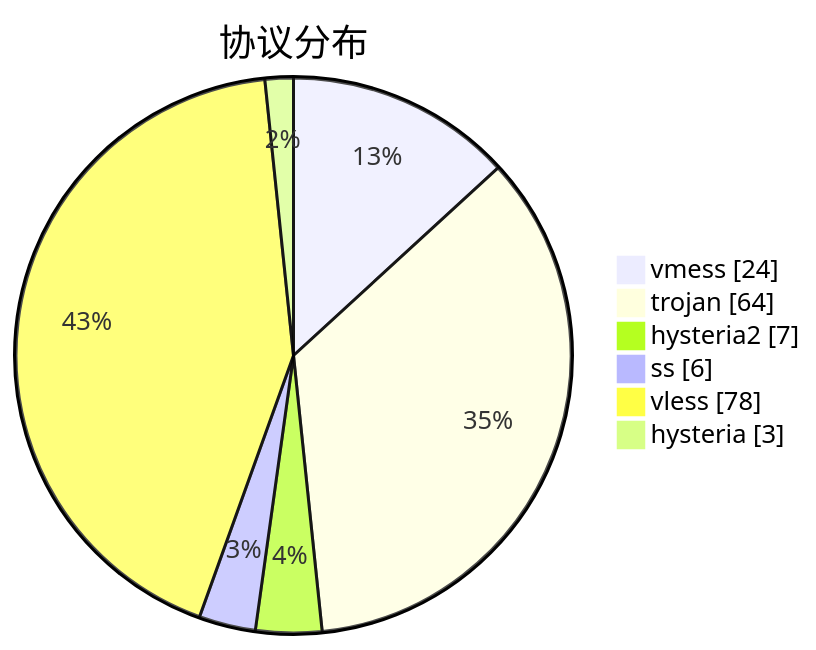
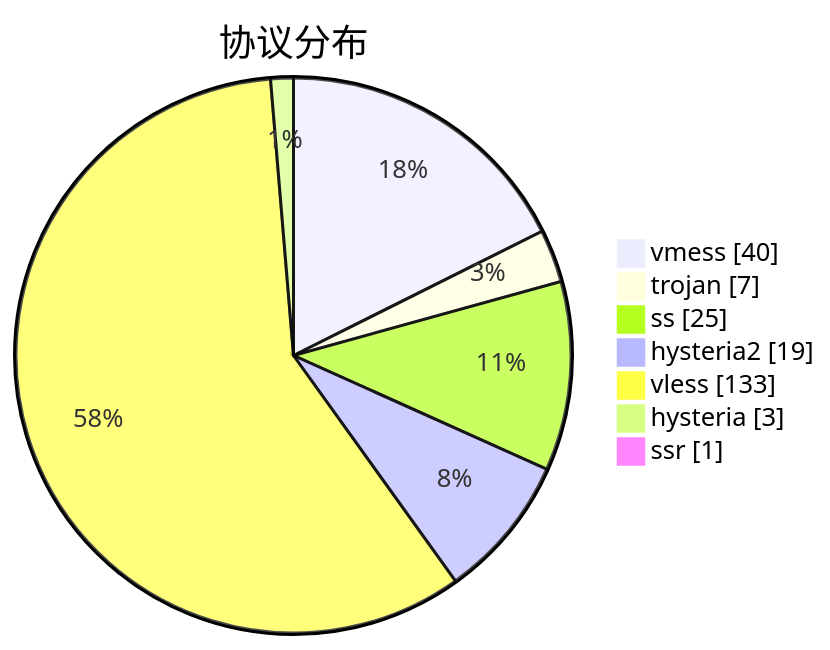
One commit to sinspired/airport changed the third of 3 diagrams in subs/statistics/tested_within.md. Above: the diagram before and after it, drawn with Mermaid. The commit also changed other lines of this file and 2 other files, not shown here.

````diff
--- a/subs/statistics/tested_within.md
+++ b/subs/statistics/tested_within.md
@@ -35,10 +32,11 @@
 ```mermaid
 pie showData
 title 协议分布
-"vmess" : 24
-"trojan" : 64
-"hysteria2" : 7
-"ss" : 6
-"vless" : 78
+"vmess" : 40
+"trojan" : 7
+"ss" : 25
+"hysteria2" : 19
+"vless" : 133
 "hysteria" : 3
+"ssr" : 1
 ```
````
